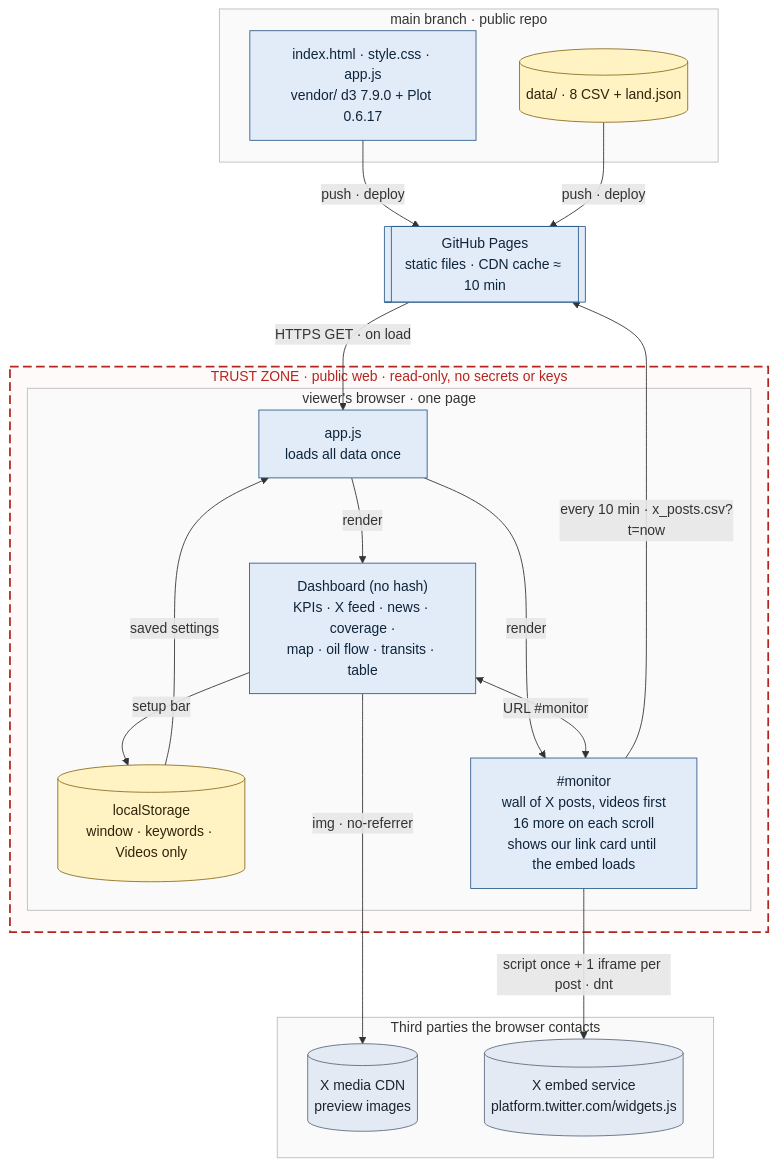
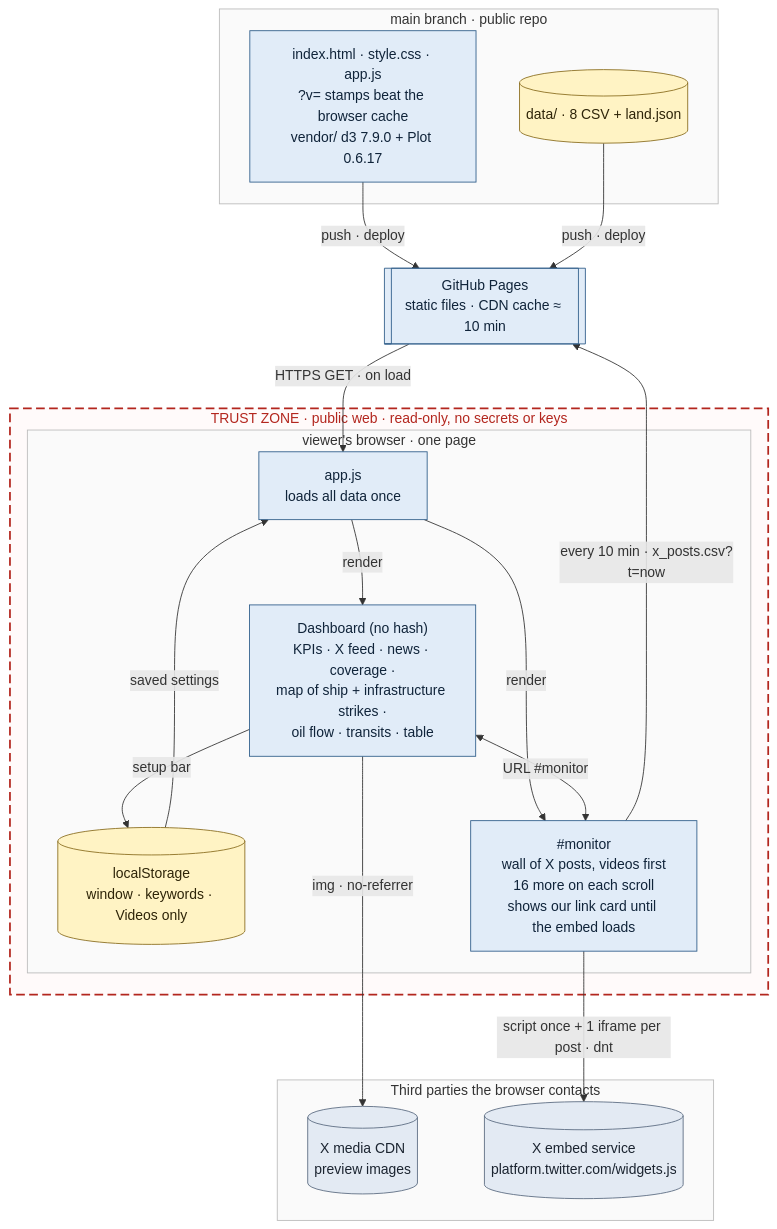
The diagram in docs/architecture/04-site-runtime.mmd (jjmargolis/Straight-Tracker), drawn with Mermaid before and after one commit. The commit also changed 8 other files, not shown here.

Commit message:
Docs: update architecture diagrams for civil infrastructure and merged cache-busting

```diff
--- a/docs/architecture/04-site-runtime.mmd
+++ b/docs/architecture/04-site-runtime.mmd
@@ -1,54 +1,54 @@
 %% 4. Site runtime: what a viewer's browser loads and does.
 %% Mermaid source. Render with ./render.sh (ELK layout, right-angle edges).
 %% Edge labels: what · format · cadence · auth. Shapes, colours and line styles: see 00-legend.mmd.
 flowchart TB
   subgraph REPO["main branch · public repo"]
-    CODE["index.html · style.css · app.js<br/>vendor/ d3 7.9.0 + Plot 0.6.17"]
+    CODE["index.html · style.css · app.js<br/>?v= stamps beat the browser cache<br/>vendor/ d3 7.9.0 + Plot 0.6.17"]
     DATA[("data/ · 8 CSV + land.json")]
   end
   PAGES[["GitHub Pages<br/>static files · CDN cache ≈ 10 min"]]
 
   subgraph WEB["TRUST ZONE · public web · read-only, no secrets or keys"]
     subgraph BR["viewer's browser · one page"]
       APP["app.js<br/>loads all data once"]
       LS[("localStorage<br/>window · keywords · Videos only")]
-      DASH["Dashboard (no hash)<br/>KPIs · X feed · news · coverage ·<br/>map · oil flow · transits · table"]
+      DASH["Dashboard (no hash)<br/>KPIs · X feed · news · coverage ·<br/>map of ship + infrastructure strikes ·<br/>oil flow · transits · table"]
       MON["#monitor<br/>wall of X posts, videos first<br/>16 more on each scroll<br/>shows our link card until the embed loads"]
     end
   end
 
   subgraph X3["Third parties the browser contacts"]
     XCDN[("X media CDN<br/>preview images")]
     XEMB[("X embed service<br/>platform.twitter.com/widgets.js")]
   end
 
   CODE -->|"push · deploy"| PAGES
   DATA -->|"push · deploy"| PAGES
   PAGES -->|"HTTPS GET · on load"| APP
   LS -->|"saved settings"| APP
   APP -->|"render"| DASH
   APP -->|"render"| MON
   DASH -->|"setup bar"| LS
   DASH <-->|"URL #monitor"| MON
   MON -->|"every 10 min · x_posts.csv?t=now"| PAGES
   DASH -->|"img · no-referrer"| XCDN
   MON -->|"script once + 1 iframe per post · dnt"| XEMB
 
   classDef ext fill:#e3eaf3,stroke:#5a6b80,color:#1b2430
   classDef human fill:#fbe8cc,stroke:#a8742a,color:#3a2a10
   classDef claude fill:#ebe3f6,stroke:#7a62a3,color:#2a2040
   classDef job fill:#d9efe0,stroke:#3d7a4f,color:#143020
   classDef script fill:#ffffff,stroke:#3d7a4f,color:#143020
   classDef data fill:#fff3c4,stroke:#8a6d1f,color:#2e2408
   classDef site fill:#e1ecf8,stroke:#2f5d8a,color:#10243a
   classDef secret fill:#f9d9d4,stroke:#b3261e,color:#3a120c,stroke-width:2px
   classDef pending stroke:#1f5fa8,stroke-width:3px,stroke-dasharray:8 4
   classDef planned fill:#f5f5f5,stroke:#999999,color:#666666,stroke-dasharray:2 3
   classDef note fill:#fff7d6,stroke:#c9a227,color:#3a2e08
   classDef zone fill:#fffafa,stroke:#b3261e,stroke-width:2px,stroke-dasharray:10 5,color:#b3261e
   classDef group fill:#fafafa,stroke:#bbbbbb,color:#333333
   class XEMB,XCDN ext
   class CODE,PAGES,APP,DASH,MON site
   class DATA,LS data
   class WEB zone
   class REPO,BR,X3 group
```
